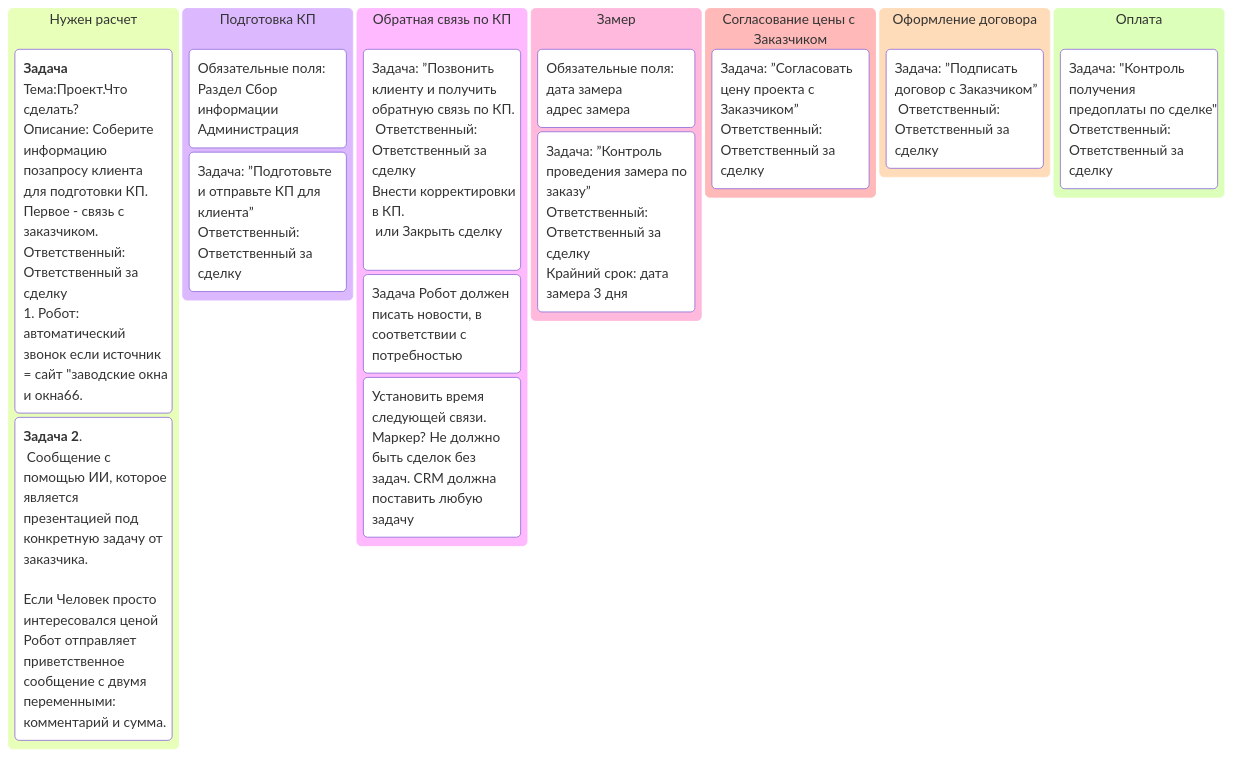
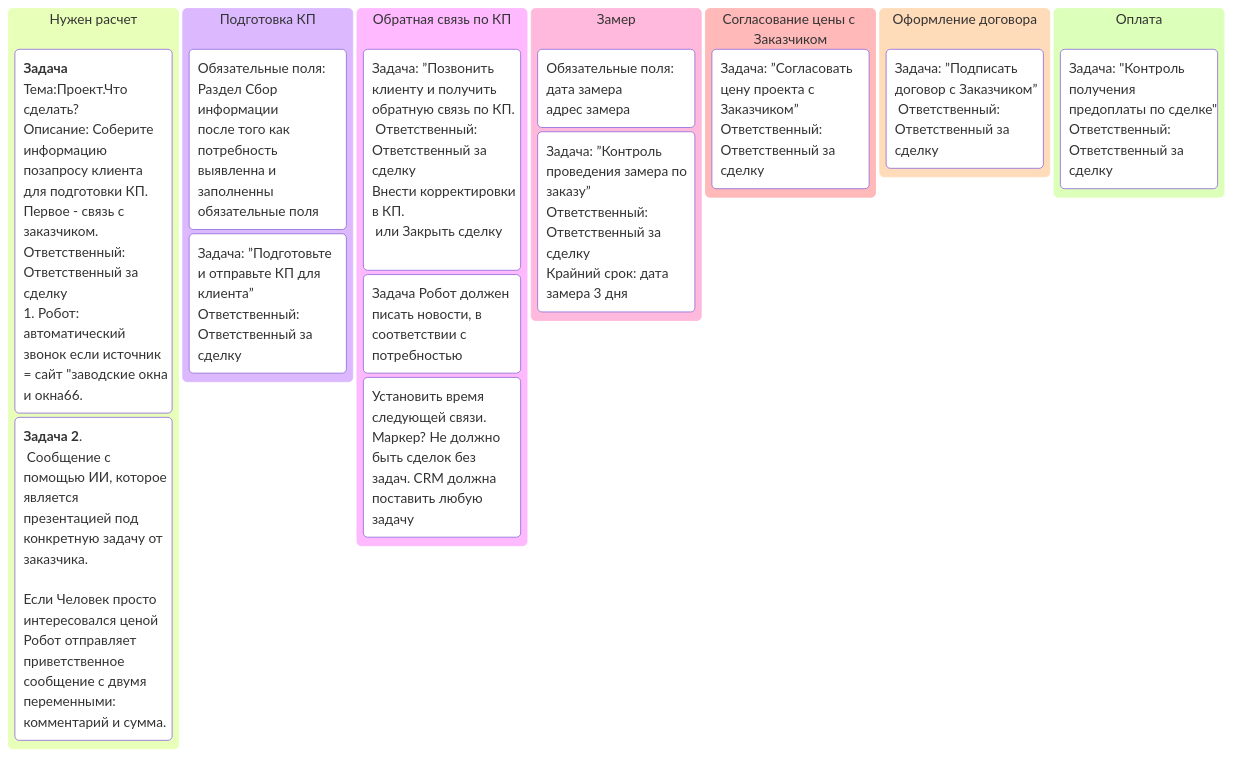
One commit to NazarovKI/knowledge changed the second of 3 diagrams in content/processing.md. Above: the diagram before and after it, drawn with Mermaid. The commit also changed other lines of this file and 2 other files, not shown here.

````diff
--- a/content/processing.md
+++ b/content/processing.md
@@ -44,23 +57,23 @@
 ```mermaid
 kanban
   column1[Нужен расчет]
     task1[**Задача**<br>Тема:Проект.Что сделать?<br>Описание: Соберите информацию позапросу клиента для подготовки КП.<br>Первое - связь с заказчиком.<br>Ответственный: Ответственный за сделку<br>1. Робот: автоматический звонок если источник = сайт "заводские окна и окна66.]
     task2[**Задача 2**.<br> Сообщение с помощью ИИ, которое является презентацией под конкретную задачу от заказчика.<br>
     Если Человек просто интересовался ценой Робот отправляет приветственное сообщение с двумя переменными: комментарий и сумма.]
   column2[Подготовка КП] 
-    task1[Обязательные поля:<br>Раздел Сбор информации<br>Администрация]
+    task1[Обязательные поля:<br>Раздел Сбор информации<br>после того как потребность выявленна и заполненны обязательные поля]
     task2[Задача: ”Подготовьте и отправьте КП для клиента” Ответственный: Ответственный за сделку]
   column3[Обратная связь по КП]
     task1[Задача: ”Позвонить клиенту и получить обратную связь по КП.<br> Ответственный: Ответственный за сделку<br>Внести корректировки в КП. <br> или Закрыть сделку <br> ]
     task2[Задача Робот должен писать новости, в соответствии с потребностью]
     task3[Установить время следующей связи. Маркер? Не должно быть сделок без задач. CRM должна поставить любую задачу]
   column4[Замер]
     task1[Обязательные поля: <br>дата замера <br>адрес замера]
     task2[Задача: ”Контроль проведения замера по заказу”<br>Ответственный: Ответственный за сделку<br>Крайний срок: дата замера 3 дня]
   column 5[Согласование цены с Заказчиком]
     task1[Задача: ”Согласовать цену проекта с Заказчиком”<br>Ответственный: Ответственный за сделку]
   column6[Оформление договора]
     task1[Задача: ”Подписать договор с Заказчиком”<br> Ответственный: Ответственный за сделку]
   column7[Оплата]
     task1[Задача: "Контроль получения предоплаты по сделке"<br>Ответственный: Ответственный за сделку]
 ```
````
